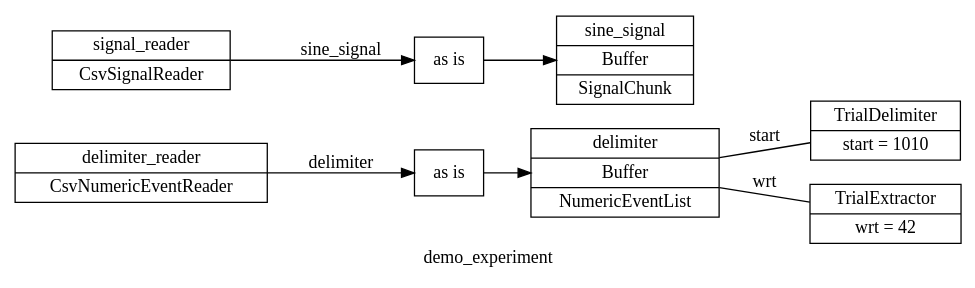
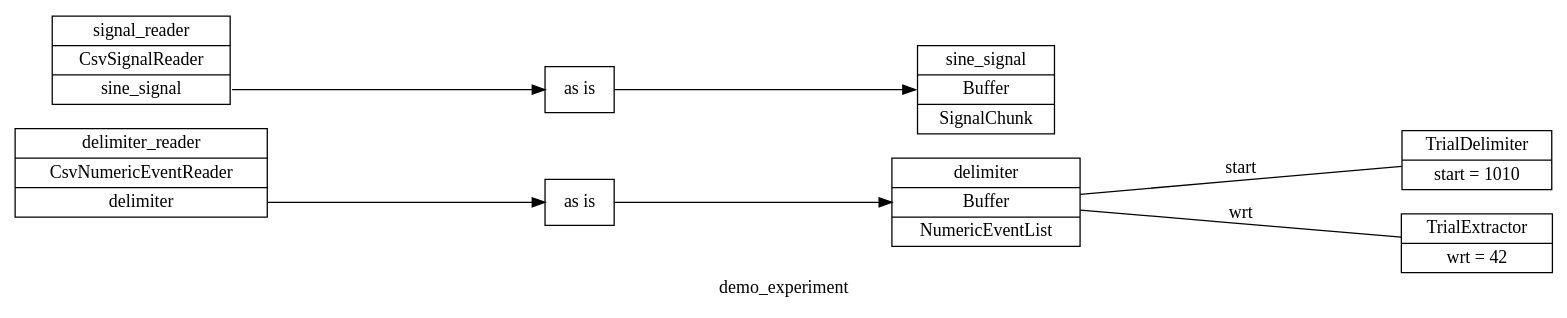
The diagram in pyramid/docs/signal-demo/demo_experiment.dot (benjamin-heasly/gold-lab-nwb-conversions), drawn with Graphviz before and after one commit. The commit also changed 6 other files, not shown here.

Commit message:
Pyramid graph include initial data names in reader nodes.

```diff
--- a/pyramid/docs/signal-demo/demo_experiment.dot
+++ b/pyramid/docs/signal-demo/demo_experiment.dot
@@ -1,17 +1,17 @@
 digraph demo_experiment {
-	graph [label=demo_experiment rankdir=LR]
-	delimiter_reader [label="delimiter_reader|CsvNumericEventReader" shape=record]
-	signal_reader [label="signal_reader|CsvSignalReader" shape=record]
+	graph [label=demo_experiment overlap=scale rankdir=LR ranksep=3.0 splines=false]
+	delimiter_reader [label="delimiter_reader|CsvNumericEventReader|<delimiter>delimiter" shape=record]
+	signal_reader [label="signal_reader|CsvSignalReader|<sine_signal>sine_signal" shape=record]
 	delimiter [label="delimiter|Buffer|NumericEventList" shape=record]
 	sine_signal [label="sine_signal|Buffer|SignalChunk" shape=record]
 	delimiter_reader_route_0 [label="as is" shape=record]
-	delimiter_reader -> delimiter_reader_route_0 [label=delimiter]
-	delimiter_reader_route_0 -> delimiter
+	delimiter_reader:delimiter:e -> delimiter_reader_route_0:w
+	delimiter_reader_route_0:e -> delimiter:w
 	signal_reader_route_0 [label="as is" shape=record]
-	signal_reader -> signal_reader_route_0 [label=sine_signal]
-	signal_reader_route_0 -> sine_signal
+	signal_reader:sine_signal:e -> signal_reader_route_0:w
+	signal_reader_route_0:e -> sine_signal:w
 	trial_delimiter [label="TrialDelimiter|start = 1010" shape=record]
 	delimiter -> trial_delimiter [label=start arrowhead=none arrowtail=none]
 	trial_extractor [label="TrialExtractor|wrt = 42" shape=record]
 	delimiter -> trial_extractor [label=wrt arrowhead=none arrowtail=none]
 }
```
